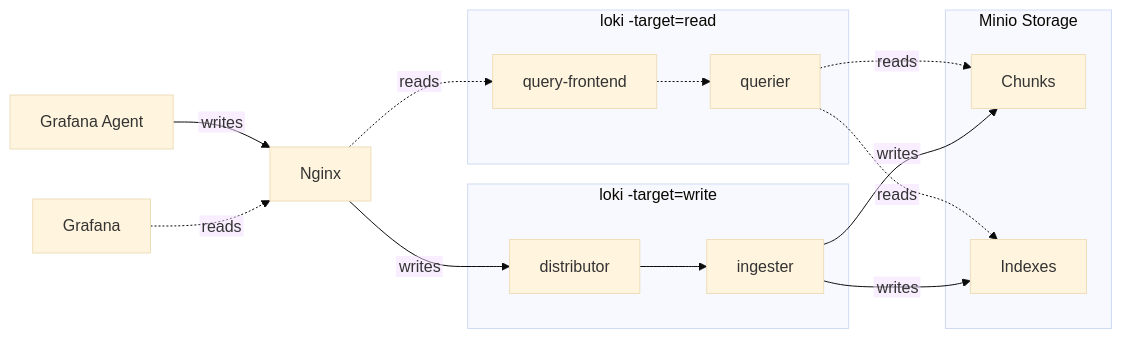
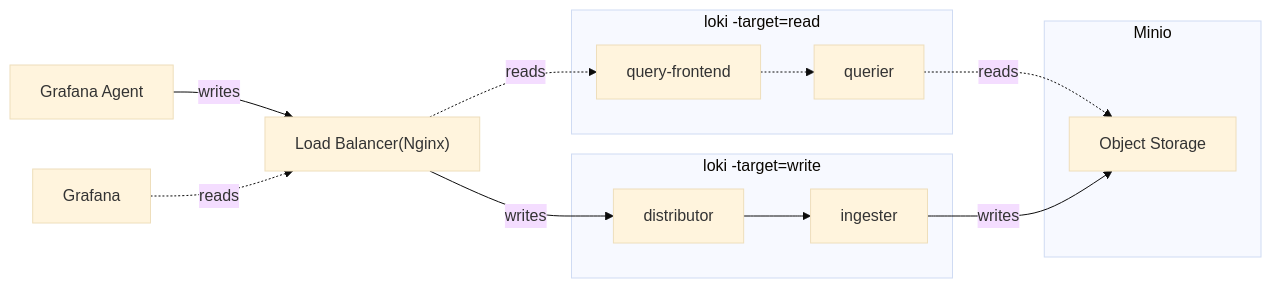
One commit to qclaogui/codelab-monitoring changed the diagram in docker-compose/read-write-mode/logs/README.md. Above: the diagram before and after it, drawn with Mermaid (base theme). The commit also changed 5 other files, not shown here.

Commit message:
improve flowchart graph

````diff
--- a/docker-compose/read-write-mode/logs/README.md
+++ b/docker-compose/read-write-mode/logs/README.md
@@ -23,25 +23,23 @@
 ```mermaid
-%%{init: {"flowchart": {"htmlLabels": false}} }%%
 flowchart LR
-    Agent["Grafana Agent"]   --> | writes | Nginx
-    Grafana -.-> | reads | Nginx
+    Agent["Grafana Agent"]   --> | writes | GateWay["Load Balancer(Nginx)"]
+    Grafana -.-> | reads | GateWay
 
-    Nginx --> | writes| Distributor
-    Nginx -.-> | reads | QueryFrontend["query-frontend"]
+    GateWay --> | writes| Distributor
+    GateWay -.-> | reads | QueryFrontend["query-frontend"]
 
     subgraph LokiWrite["loki -target=write"]
         Distributor["distributor"] --> Ingester["ingester"]
     end
 
     subgraph LokiRead["loki -target=read"]
         QueryFrontend -.-> Querier["querier"]
     end
 
-    subgraph Minio["Minio Storage"]
-        Chunks
-        Indexes
+    subgraph Minio
+        ObjectStorage["Object Storage"]
     end
 
-    Querier  -.-> |reads | Chunks & Indexes
-    Ingester -->  |writes| Chunks & Indexes
+    Querier  -.-> |reads | ObjectStorage
+    Ingester -->  |writes| ObjectStorage
 ```
````
